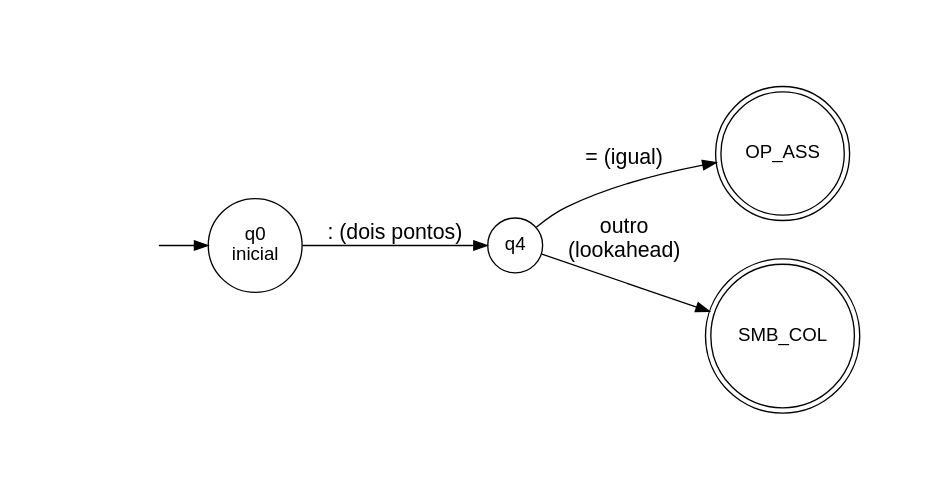
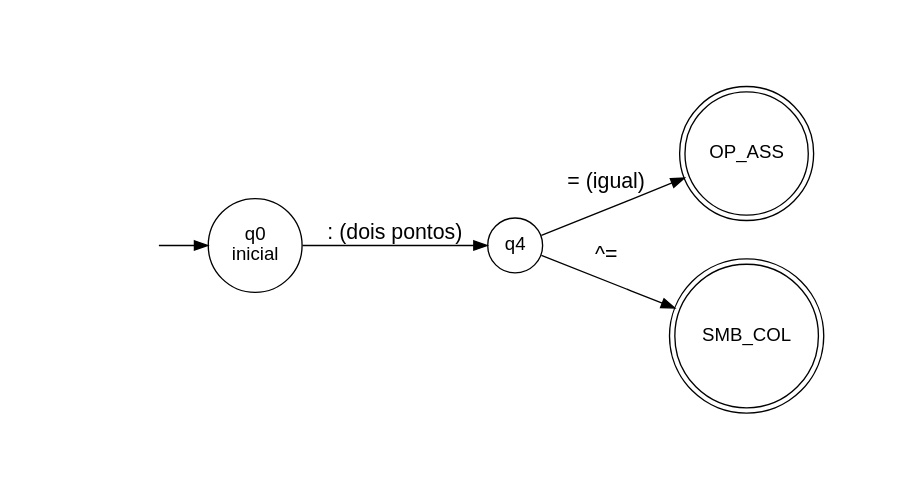
One commit to miguelhenriquecbl/LINGUAGENS-FORMAIS-AUT-MATOS-E-COMPILADORES changed the diagram in Trabalho/analisador-lexico/AFDs/codigo/afd_operador_atribuicao.dot. Above: the diagram before and after it, drawn with Graphviz. The commit also changed 18 other files, not shown here.

```diff
--- a/Trabalho/analisador-lexico/AFDs/codigo/afd_operador_atribuicao.dot
+++ b/Trabalho/analisador-lexico/AFDs/codigo/afd_operador_atribuicao.dot
@@ -1,34 +1,34 @@
 digraph afd_operador_atribuicao {
     rankdir=LR;
     nodesep=0.4;
     pad=0.8;
     node [shape=circle, fontname="Arial"];
     edge [fontname="Arial", fontsize=16];
 
     /* estado invisível pra seta de entrada */
     inicio [shape=none, label=""];
 
     /* Estado Inicial */
     q0 [label="q0\ninicial"];
 
     /* estados intermediários */
     q4 [label="q4"];
 
     /* estados finais — círculo duplo */
     node [shape=doublecircle];
 
     /* Operadores aritméticos */
     qOP_ASS [label="OP_ASS"]; /* := */
 
     /* Símbolos */
     qSMB_COL [label="SMB_COL"]; /* : */
 
     /* seta de entrada */
     inicio -> q0;
 
     /* q0 -> estados intermediários */
     q0 -> q4 [label=": (dois pontos)"]; 
     q4 -> qOP_ASS [label="= (igual)"]; 
-    q4 -> qSMB_COL [label="outro\n(lookahead)"]; 
+   q4 -> qSMB_COL [label="^="]; 
 
 }
```
